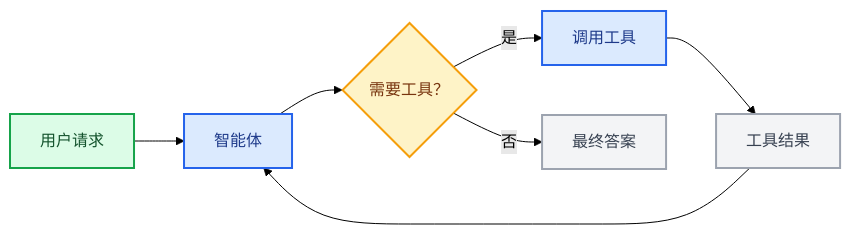
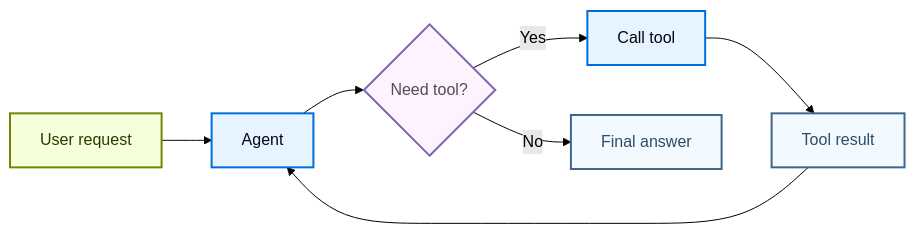
One commit to kunfan96/cndocs-langchain changed the third of 4 diagrams in oss/javascript/langchain/component-architecture.mdx. Above: the diagram before and after it, drawn with Mermaid (forest theme). The commit also changed other lines of this file and 2538 other files, not shown here.

````diff
--- a/oss/javascript/langchain/component-architecture.mdx
+++ b/oss/javascript/langchain/component-architecture.mdx
@@ -109,19 +109,19 @@
 ```mermaid
 graph LR
-    A[用户请求] --> B[智能体]
-    B --> C{需要工具？}
-    C -->|是| D[调用工具]
-    D --> E[工具结果]
+    A[User request] --> B[Agent]
+    B --> C{Need tool?}
+    C -->|Yes| D[Call tool]
+    D --> E[Tool result]
     E --> B
-    C -->|否| F[最终答案]
+    C -->|No| F[Final answer]
 
-    classDef trigger fill:#DCFCE7,stroke:#16A34A,stroke-width:2px,color:#14532D
-    classDef process fill:#DBEAFE,stroke:#2563EB,stroke-width:2px,color:#1E3A8A
-    classDef decision fill:#FEF3C7,stroke:#F59E0B,stroke-width:2px,color:#78350F
-    classDef neutral fill:#F3F4F6,stroke:#9CA3AF,stroke-width:2px,color:#374151
+    classDef trigger fill:#F6FFDB,stroke:#6E8900,stroke-width:2px,color:#2E3900
+    classDef process fill:#E5F4FF,stroke:#006DDD,stroke-width:2px,color:#030710
+    classDef decision fill:#FDF3FF,stroke:#7E65AE,stroke-width:2px,color:#504B5F
+    classDef neutral fill:#F2FAFF,stroke:#40668D,stroke-width:2px,color:#2F4B68
 
     class A trigger
     class B,D process
     class C decision
     class E,F neutral
 ```
````
